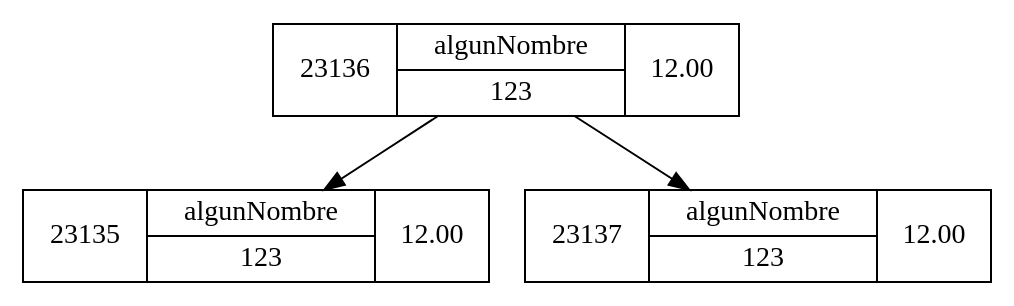
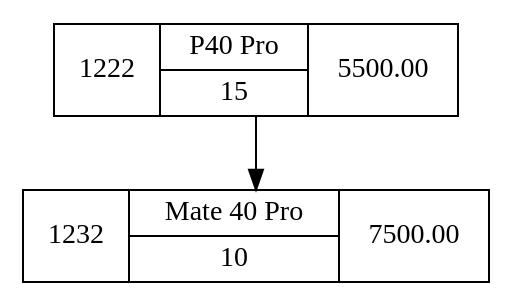
The diagram in Cliente/src/assets/graphviz/inventario.dot (RojasCJP/EDD_VirtualMall_201900289), drawn with Graphviz before and after one commit. The commit also changed 22 other files, not shown here.

```diff
--- a/Cliente/src/assets/graphviz/inventario.dot
+++ b/Cliente/src/assets/graphviz/inventario.dot
@@ -1,8 +1,6 @@
 digraph arbol{
   node [shape=record]
-"23135" [label="23135|{algunNombre|123}|12.00"]
-"23136" [label="23136|{algunNombre|123}|12.00"]
-"23136"->"23135"
-"23136"->"23137"
-"23137" [label="23137|{algunNombre|123}|12.00"]
+"1222" [label="1222|{P40 Pro|15}|5500.00"]
+"1222"->"1232"
+"1232" [label="1232|{Mate 40 Pro|10}|7500.00"]
 }
```
